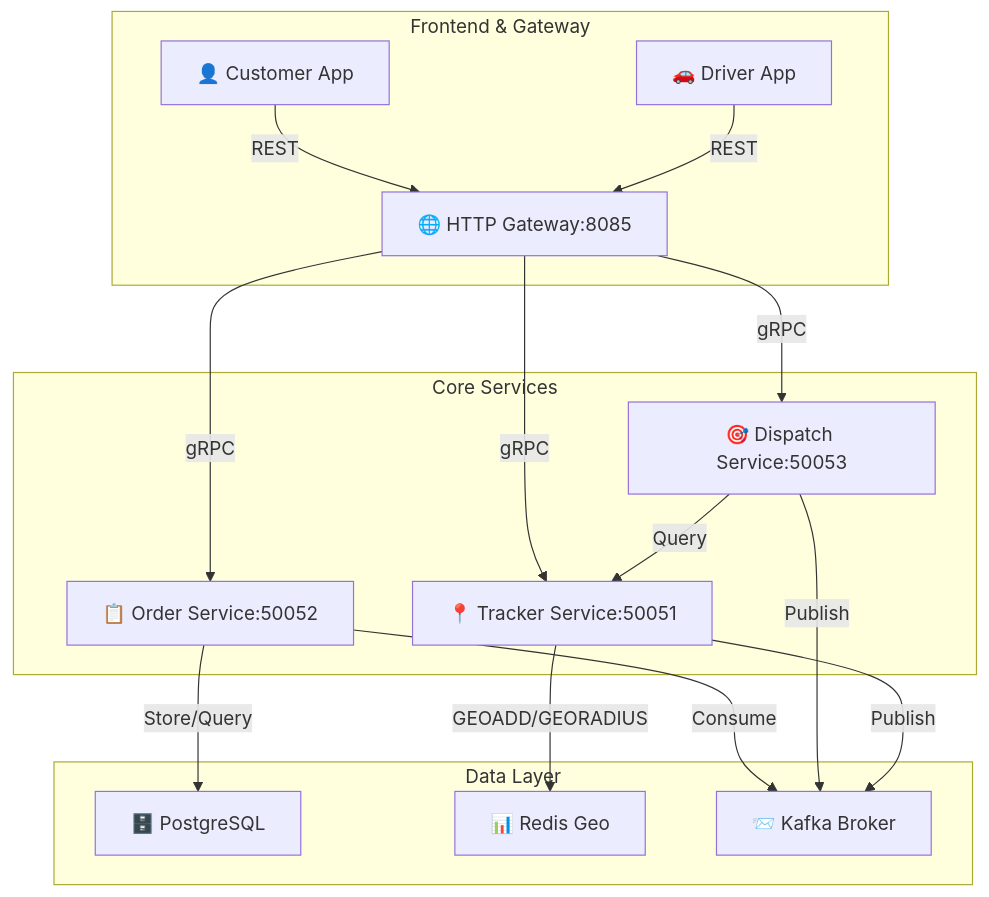
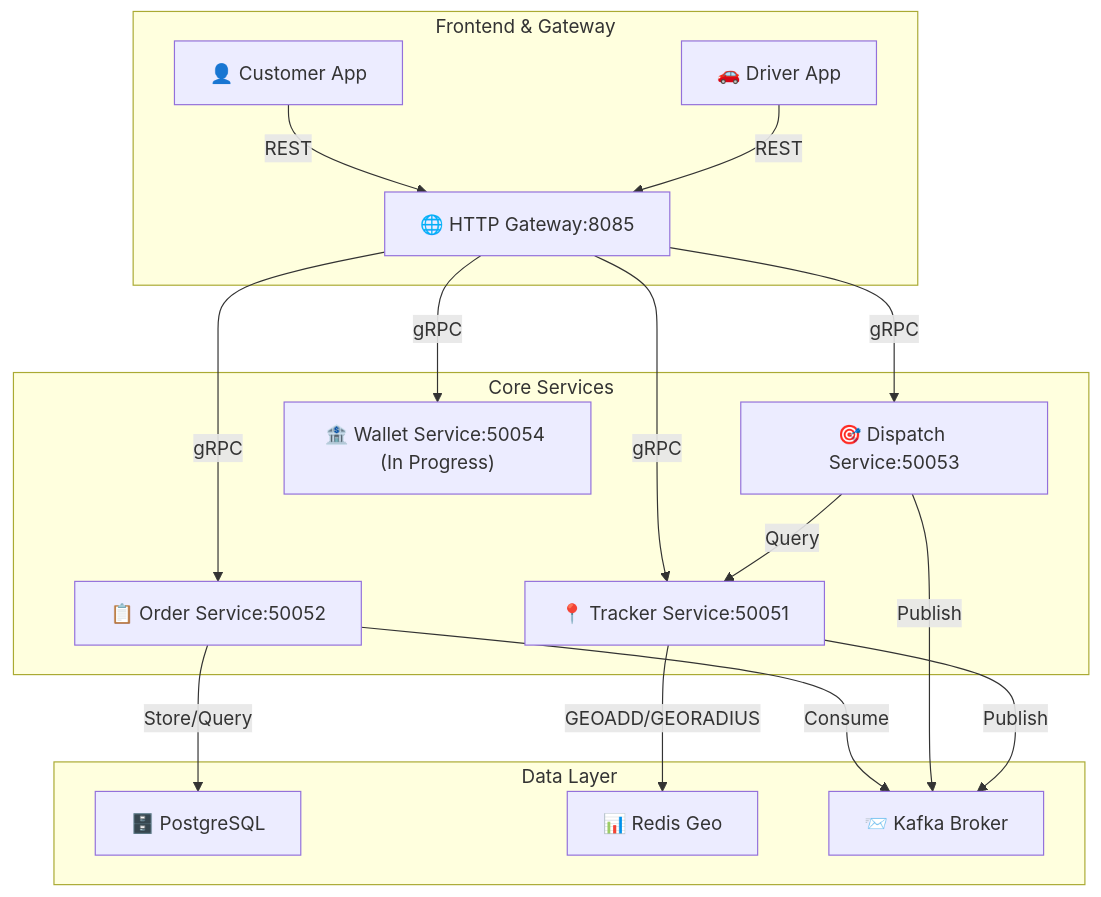
The diagram in readme.md (dwikikusuma/Atlas), drawn with Mermaid before and after one commit. The commit also changed other lines of this file, not shown here.

Commit message:
Update README to reflect completion of core microservices and enhance service descriptions

````diff
--- a/readme.md
+++ b/readme.md
@@ -111,36 +111,38 @@
 ```mermaid
 graph TB
     subgraph "Frontend & Gateway"
         CUSTOMER["👤 Customer App"]
         DRIVER["🚗 Driver App"]
         GATEWAY["🌐 HTTP Gateway:8085"]
     end
     
     subgraph "Core Services"
         ORDER["📋 Order Service:50052"]
         DISPATCH["🎯 Dispatch Service:50053"]
         TRACKER["📍 Tracker Service:50051"]
+        WALLET["🏦 Wallet Service:50054 (In Progress)"]
     end
     
     subgraph "Data Layer"
         POSTGRES["🗄️ PostgreSQL"]
         REDIS["📊 Redis Geo"]
         KAFKA["📨 Kafka Broker"]
     end
     
     CUSTOMER -->|REST| GATEWAY
     DRIVER -->|REST| GATEWAY
     
     GATEWAY -->|gRPC| ORDER
     GATEWAY -->|gRPC| DISPATCH
     GATEWAY -->|gRPC| TRACKER
+    GATEWAY -->|gRPC| WALLET
     
     ORDER -->|Store/Query| POSTGRES
     ORDER -->|Consume| KAFKA
     
     DISPATCH -->|Query| TRACKER
     DISPATCH -->|Publish| KAFKA
     
     TRACKER -->|Publish| KAFKA
     TRACKER -->|GEOADD/GEORADIUS| REDIS
 ```
````
